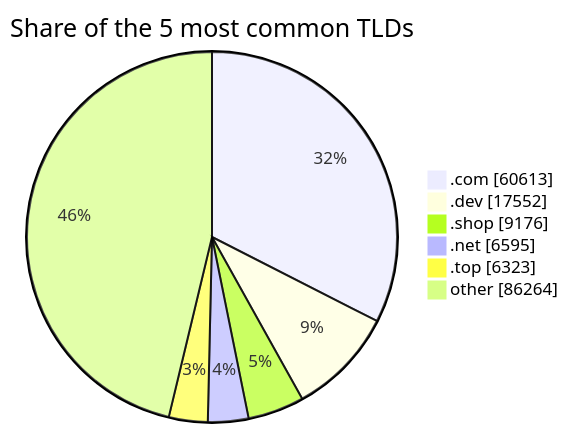
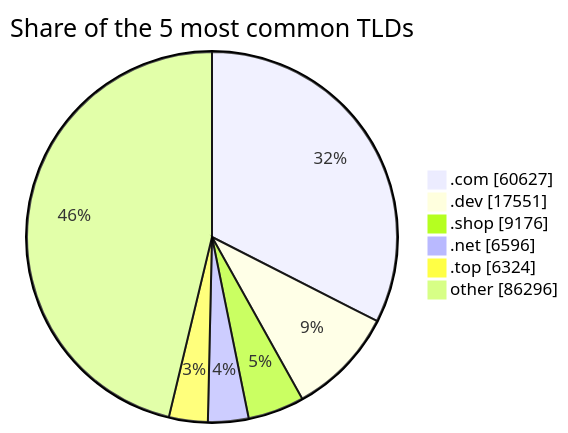
Before and after one commit to DNSBunker/CTI: the third of 3 diagrams in README.md, drawn with Mermaid. The commit also changed other lines of this file and 3 other files, not shown here.

````diff
--- a/README.md
+++ b/README.md
@@ -81,9 +81,9 @@
 ```mermaid
 pie showData title Share of the 5 most common TLDs
-    ".com" : 60613
-    ".dev" : 17552
+    ".com" : 60627
+    ".dev" : 17551
     ".shop" : 9176
-    ".net" : 6595
-    ".top" : 6323
-    "other" : 86264
+    ".net" : 6596
+    ".top" : 6324
+    "other" : 86296
 ```
````
